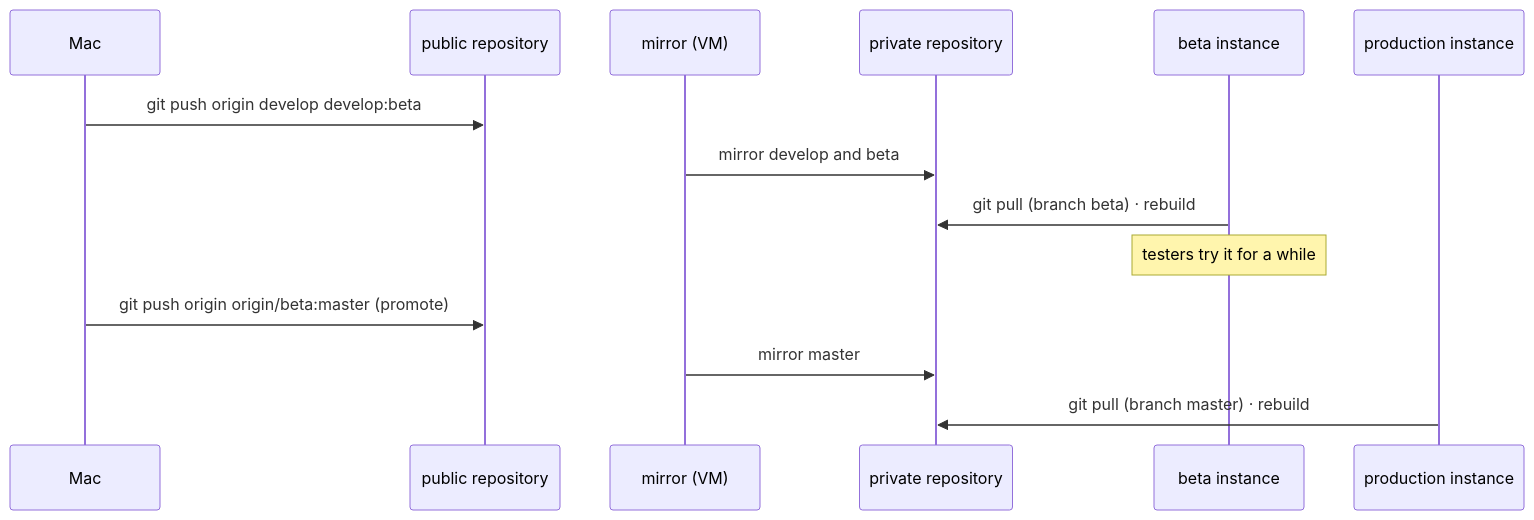
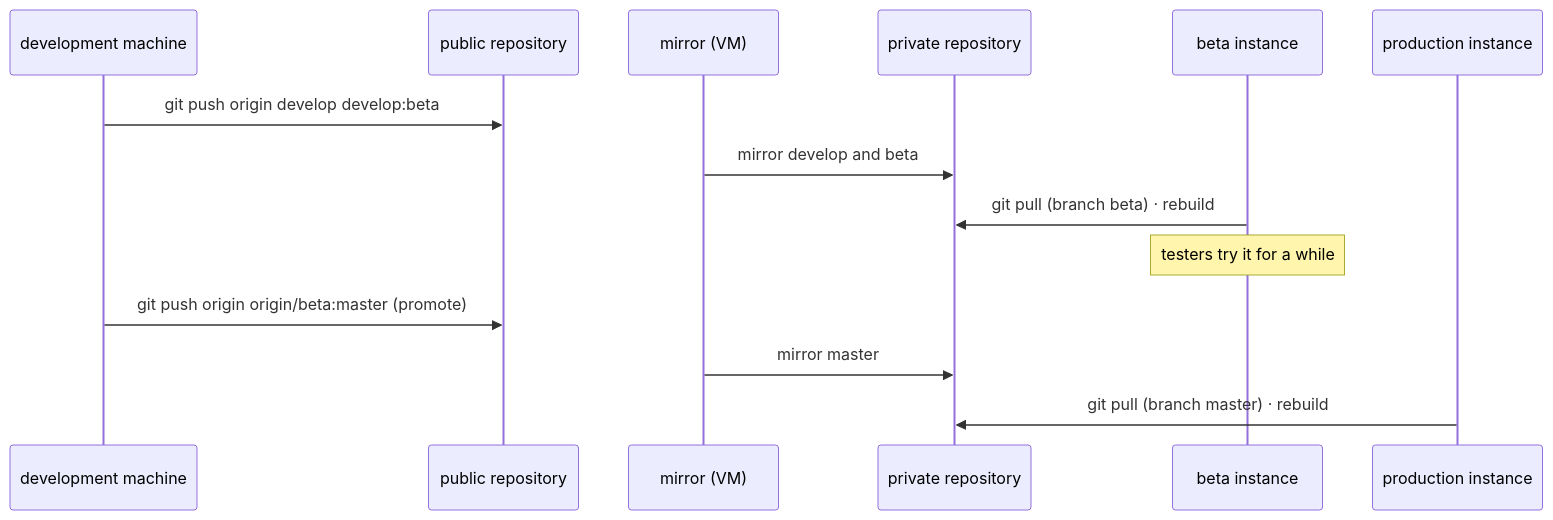
Before and after one commit to akannan2987/nr-nips-crucible: the second of 2 diagrams in docs/14-beta-instance.md, drawn with Mermaid. The commit also changed other lines of this file and 53 other files, not shown here.

First line of the commit message:
Name the development machine by its role, not its operating system

````diff
--- a/docs/14-beta-instance.md
+++ b/docs/14-beta-instance.md
@@ -121,16 +121,16 @@
 ```mermaid
 sequenceDiagram
-    participant Mac
+    participant Dev as development machine
     participant Pub as public repository
     participant Mir as mirror (VM)
     participant Priv as private repository
     participant Beta as beta instance
     participant Prod as production instance
-    Mac->>Pub: git push origin develop develop:beta
+    Dev->>Pub: git push origin develop develop:beta
     Mir->>Priv: mirror develop and beta
     Beta->>Priv: git pull (branch beta) · rebuild
     Note over Beta: testers try it for a while
-    Mac->>Pub: git push origin origin/beta:master   (promote)
+    Dev->>Pub: git push origin origin/beta:master   (promote)
     Mir->>Priv: mirror master
     Prod->>Priv: git pull (branch master) · rebuild
 ```
````
